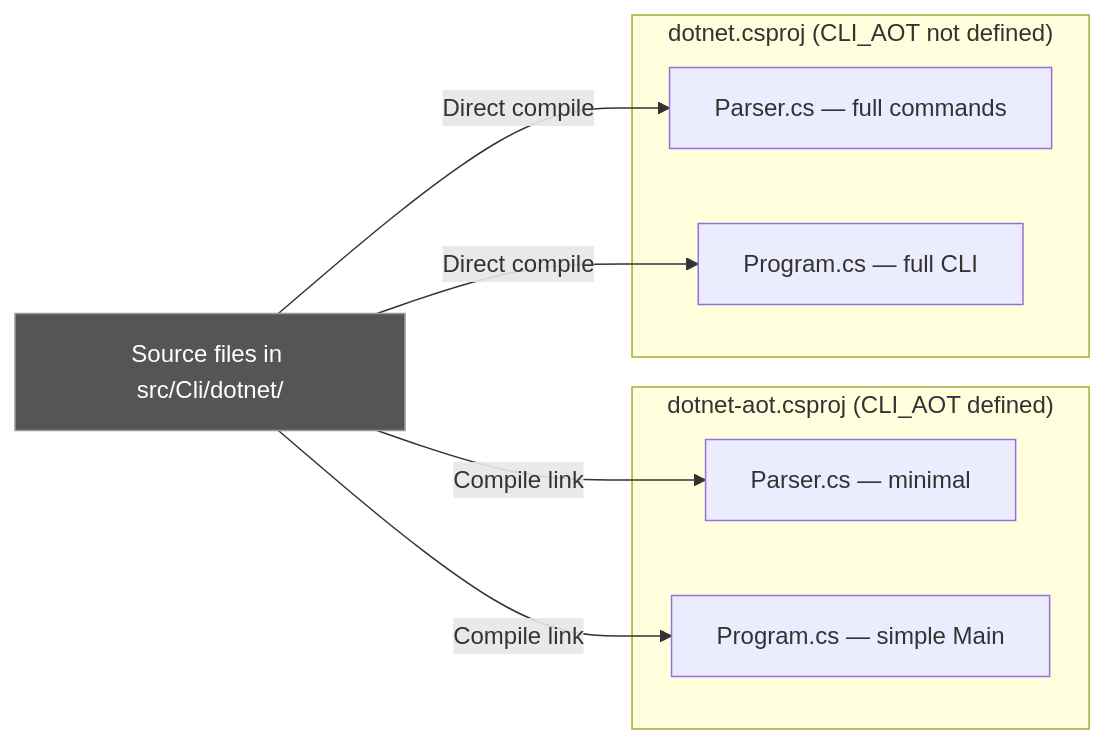
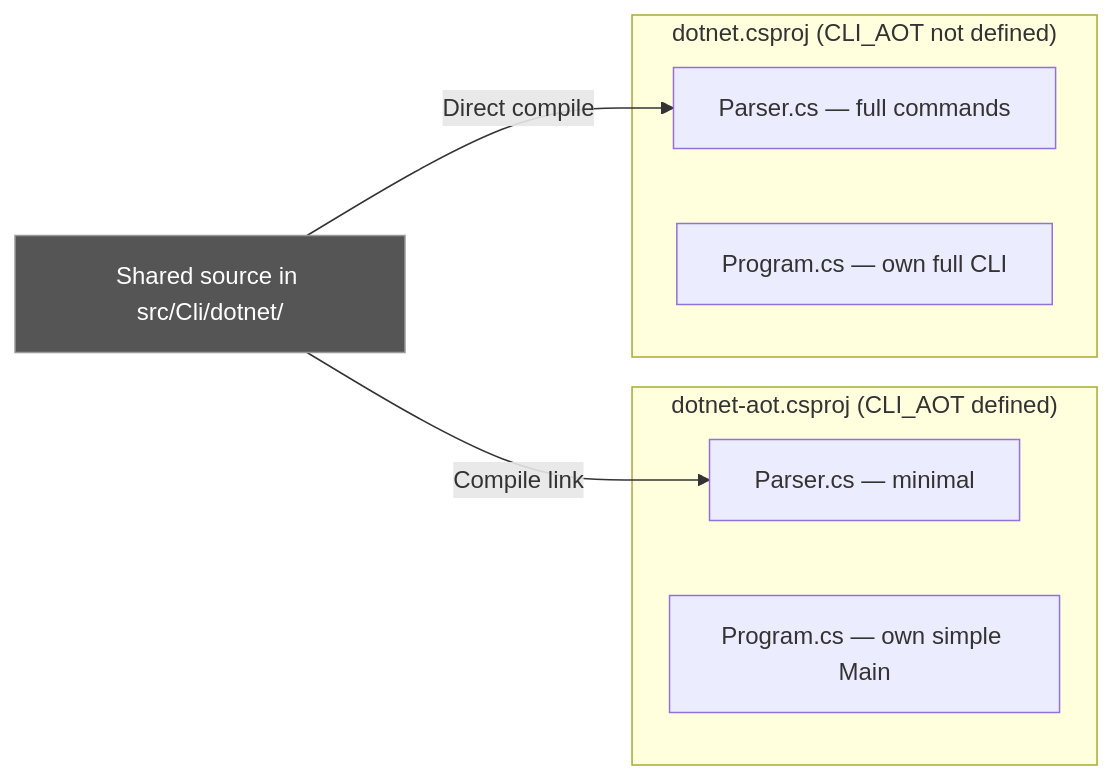
The third of 6 diagrams in src/Cli/dotnet-aot/DESIGN.md (dotnet/sdk), drawn with Mermaid before and after one commit. The commit also changed other lines of this file and 11 other files, not shown here.

````diff
--- a/src/Cli/dotnet-aot/DESIGN.md
+++ b/src/Cli/dotnet-aot/DESIGN.md
@@ -204,19 +215,17 @@
 ```mermaid
 graph LR
     subgraph "dotnet-aot.csproj (CLI_AOT defined)"
         PA["Parser.cs — minimal"]
-        PR["Program.cs — simple Main"]
+        PR["Program.cs — own simple Main"]
     end
 
     subgraph "dotnet.csproj (CLI_AOT not defined)"
         PB["Parser.cs — full commands"]
-        PS["Program.cs — full CLI"]
+        PS["Program.cs — own full CLI"]
     end
 
-    SRC["Source files in src/Cli/dotnet/"] -->|"Compile link"| PA
-    SRC -->|"Compile link"| PR
+    SRC["Shared source in src/Cli/dotnet/"] -->|"Compile link"| PA
     SRC -->|"Direct compile"| PB
-    SRC -->|"Direct compile"| PS
 
     style SRC fill:#555,stroke:#999,color:#fff
 ```
````
